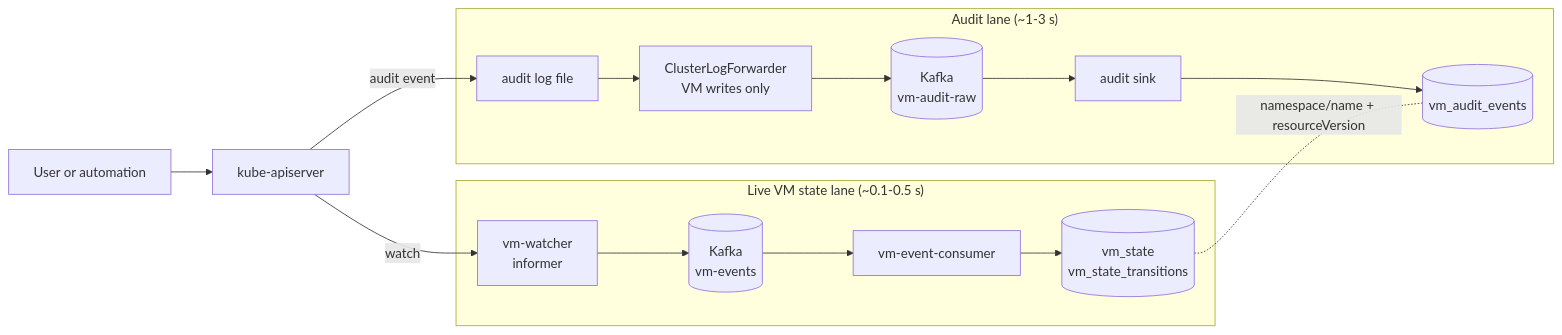
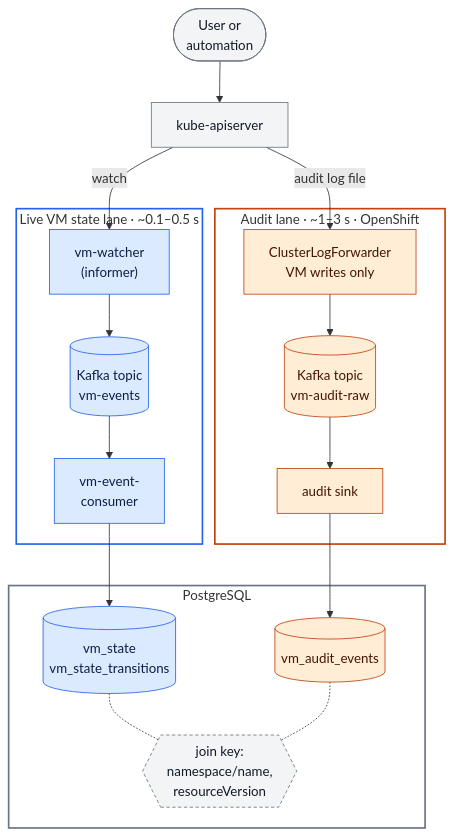
Before and after one commit to ptoluganti/vm-watcher: the diagram in README.md, drawn with Mermaid. The commit also changed other lines of this file and 1 other file, not shown here.

Commit message:
Redraw architecture diagrams so they are readable on GitHub
- README: lay out the two lanes top to bottom as side-by-side columns that
  feed a shared PostgreSQL box, colour each lane, and add a one-line key.
  The old left-to-right layout was about seven boxes wide, so GitHub scaled
  it down until the text was hard to read.
- VM_WATCHER_README: replace the ASCII box drawing with a Mermaid diagram
  and move the settings that were squeezed into the boxes into bullets.
- Keep label lines to 16 characters so Mermaid's ~120 px label wrapping
  does not split names.

````diff
--- a/README.md
+++ b/README.md
@@ -52,21 +52,39 @@
 ```mermaid
-flowchart LR
-  U[User or automation] --> API[kube-apiserver]
+flowchart TB
+  user(["User or<br/>automation"]) --> api["kube-apiserver"]
 
-  subgraph live ["Live VM state lane (~0.1-0.5 s)"]
-    W[vm-watcher<br/>informer] --> K1[(Kafka<br/>vm-events)]
-    K1 --> C[vm-event-consumer]
-    C --> S[(vm_state<br/>vm_state_transitions)]
+  subgraph live ["Live VM state lane · ~0.1–0.5 s"]
+    watcher["vm-watcher<br/>(informer)"] --> eventsTopic[("Kafka topic<br/>vm-events")]
+    eventsTopic --> consumer["vm-event-<br/>consumer"]
   end
 
-  subgraph audit ["Audit lane (~1-3 s)"]
-    L[audit log file] --> F[ClusterLogForwarder<br/>VM writes only]
-    F --> K2[(Kafka<br/>vm-audit-raw)]
-    K2 --> A[audit sink]
-    A --> E[(vm_audit_events)]
+  subgraph audit ["Audit lane · ~1–3 s · OpenShift"]
+    clf["ClusterLogForwarder<br/>VM writes only"] --> auditTopic[("Kafka topic<br/>vm-audit-raw")]
+    auditTopic --> sink["audit sink"]
   end
 
-  API -- watch --> W
-  API -- audit event --> L
-  S -.-|namespace/name + resourceVersion| E
+  subgraph pg ["PostgreSQL"]
+    state[("vm_state<br/>vm_state_transitions")]
+    auditEvents[("vm_audit_events")]
+    join{{"join key:<br/>namespace/name,<br/>resourceVersion"}}
+    state -.- join
+    auditEvents -.- join
+  end
+
+  api -->|watch| watcher
+  api -->|audit log file| clf
+  consumer --> state
+  sink --> auditEvents
+
+  classDef source fill:#f3f4f6,stroke:#6b7280,color:#111827
+  classDef liveNode fill:#dbeafe,stroke:#2563eb,color:#0c1f44
+  classDef auditNode fill:#ffedd5,stroke:#c2410c,color:#431407
+  classDef joinNode fill:#f3f4f6,stroke:#6b7280,color:#111827,stroke-dasharray:4 3
+  class user,api source
+  class watcher,eventsTopic,consumer,state liveNode
+  class clf,auditTopic,sink,auditEvents auditNode
+  class join joinNode
+  style live fill:none,stroke:#2563eb,stroke-width:2px
+  style audit fill:none,stroke:#c2410c,stroke-width:2px
+  style pg fill:none,stroke:#6b7280,stroke-width:2px
 ```
````
